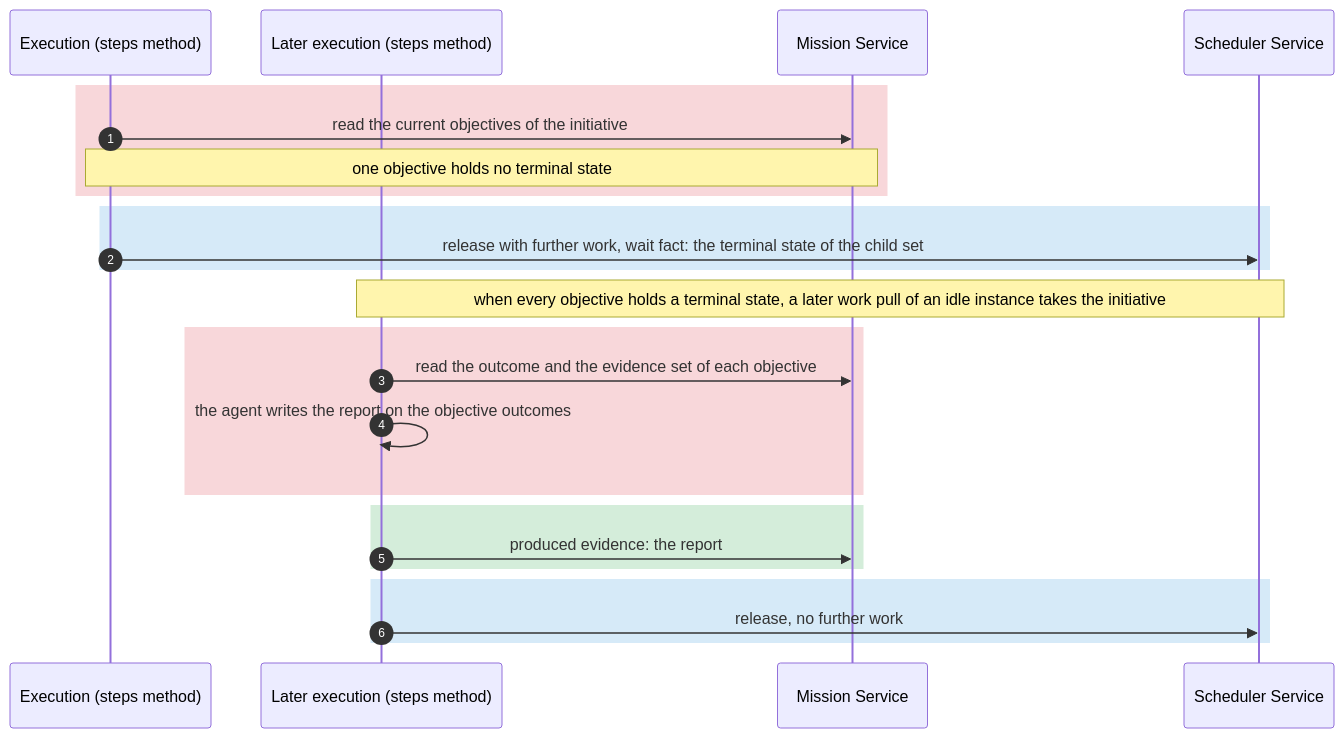
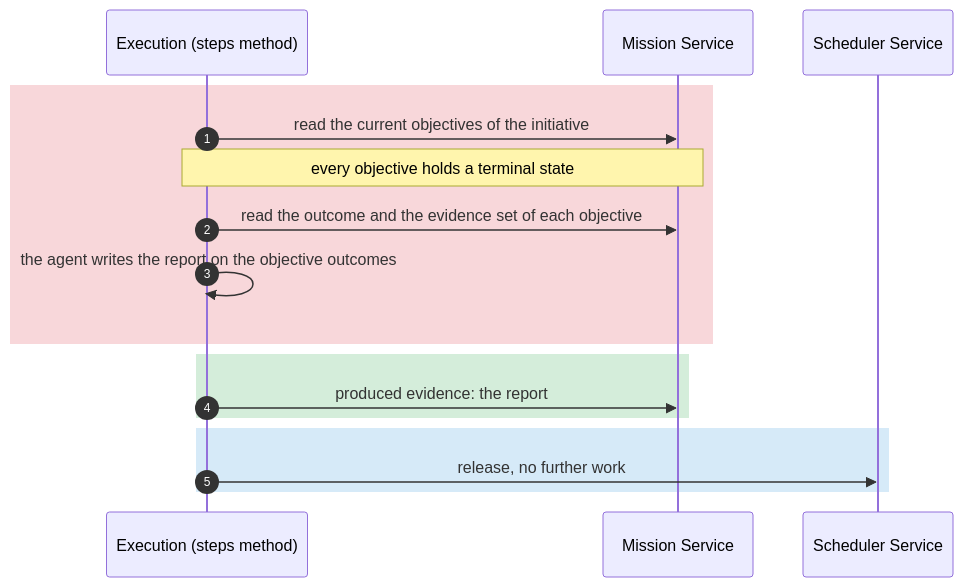
Before and after one commit to kanthorlabs/kanthord: the third of 8 diagrams in docs/brainstorm/worker-service.md, drawn with Mermaid. The commit also changed other lines of this file and 12 other files, not shown here.

````diff
--- a/docs/brainstorm/worker-service.md
+++ b/docs/brainstorm/worker-service.md
@@ -392,27 +393,20 @@
 ```mermaid
 sequenceDiagram
     autonumber
     participant E as Execution (steps method)
-    participant E2 as Later execution (steps method)
     participant M as Mission Service
     participant S as Scheduler Service
 
     rect rgb(248, 215, 218)
         E->>M: read the current objectives of the initiative
-        Note over E,M: one objective holds no terminal state
+        Note over E,M: every objective holds a terminal state
+        E->>M: read the outcome and the evidence set of each objective
+        E->>E: the agent writes the report on the objective outcomes
+    end
+    rect rgb(212, 237, 218)
+        E->>M: produced evidence: the report
     end
     rect rgb(214, 234, 248)
-        E->>S: release with further work, wait fact: the terminal state of the child set
-    end
-    Note over E2,S: when every objective holds a terminal state, a later work pull of an idle instance takes the initiative
-    rect rgb(248, 215, 218)
-        E2->>M: read the outcome and the evidence set of each objective
-        E2->>E2: the agent writes the report on the objective outcomes
-    end
-    rect rgb(212, 237, 218)
-        E2->>M: produced evidence: the report
-    end
-    rect rgb(214, 234, 248)
-        E2->>S: release, no further work
+        E->>S: release, no further work
     end
 ```
````
